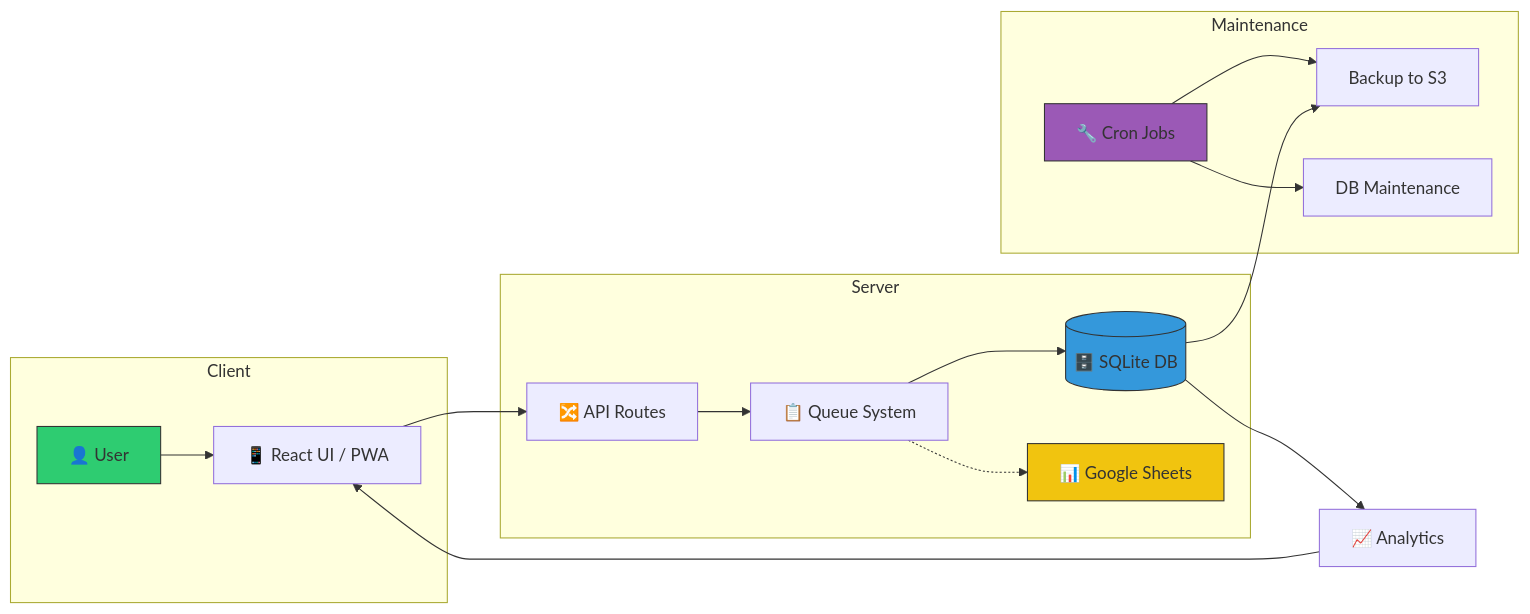
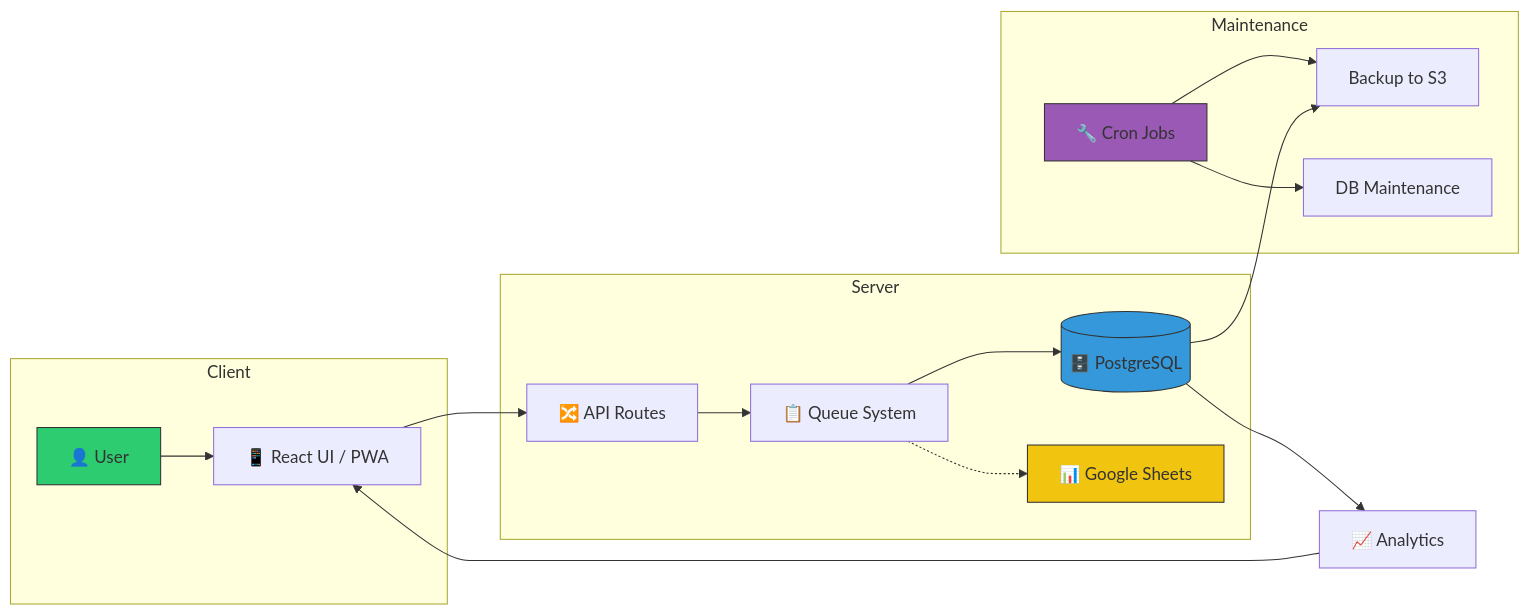
Before and after one commit to mohammedtaufeeqahmed/work-report-application: the second of 2 diagrams in README.md, drawn with Mermaid. The commit also changed other lines of this file and 4 other files, not shown here.

Commit message:
Docs: switch from SQLite to PostgreSQL (README, DEPLOYMENT, comments, .gitignore)

````diff
--- a/README.md
+++ b/README.md
@@ -529,28 +529,28 @@
 ```mermaid
 flowchart LR
     subgraph Client
         A[👤 User] --> B[📱 React UI / PWA]
     end
     
     subgraph Server
         B --> C[🔀 API Routes]
         C --> D[📋 Queue System]
-        D --> E[(🗄️ SQLite DB)]
+        D --> E[(🗄️ PostgreSQL)]
         D -.-> F[📊 Google Sheets]
     end
     
     E --> G[📈 Analytics]
     G --> B
     
     subgraph Maintenance
         H[🔧 Cron Jobs] --> I[Backup to S3]
         H --> J[DB Maintenance]
     end
     
     E --> I
     
     style A fill:#2ecc71,stroke:#333
     style E fill:#3498db,stroke:#333
     style F fill:#f1c40f,stroke:#333
     style H fill:#9b59b6,stroke:#333
 ```
````
